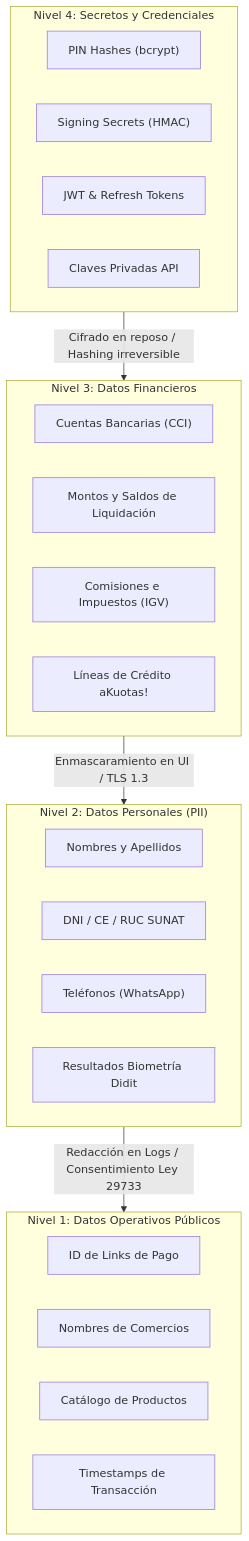
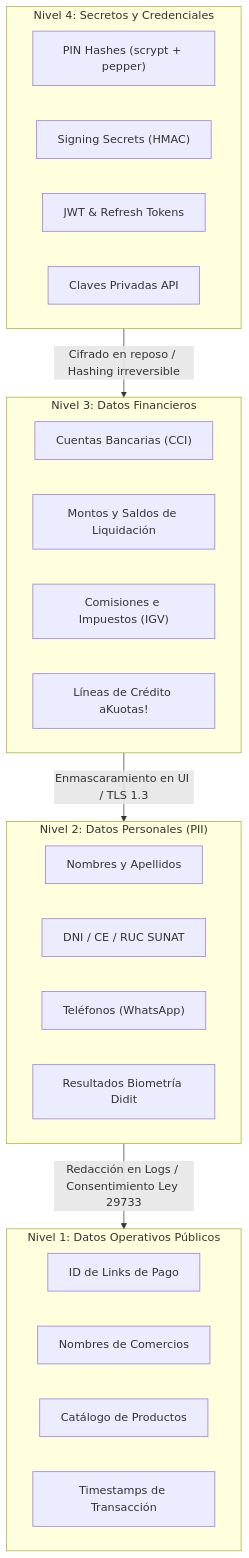
The diagram in docs/auditoria-archify/03-matriz-roles-y-datos.md (Kuota-inc/kuota-app), drawn with Mermaid before and after one commit. The commit also changed other lines of this file and 17 other files, not shown here.

````diff
--- a/docs/auditoria-archify/03-matriz-roles-y-datos.md
+++ b/docs/auditoria-archify/03-matriz-roles-y-datos.md
@@ -44,34 +44,34 @@
 ```mermaid
 flowchart TD
   subgraph L4 ["Nivel 4: Secretos y Credenciales"]
-    K1["PIN Hashes (bcrypt)"]
+    K1["PIN Hashes (scrypt + pepper)"]
     K2["Signing Secrets (HMAC)"]
     K3["JWT & Refresh Tokens"]
     K4["Claves Privadas API"]
   end
 
   subgraph L3 ["Nivel 3: Datos Financieros"]
     F1["Cuentas Bancarias (CCI)"]
     F2["Montos y Saldos de Liquidación"]
     F3["Comisiones e Impuestos (IGV)"]
     F4["Líneas de Crédito aKuotas!"]
   end
 
   subgraph L2 ["Nivel 2: Datos Personales (PII)"]
     P1["Nombres y Apellidos"]
     P2["DNI / CE / RUC SUNAT"]
     P3["Teléfonos (WhatsApp)"]
     P4["Resultados Biometría Didit"]
   end
 
   subgraph L1 ["Nivel 1: Datos Operativos Públicos"]
     O1["ID de Links de Pago"]
     O2["Nombres de Comercios"]
     O3["Catálogo de Productos"]
     O4["Timestamps de Transacción"]
   end
 
   L4 -->|Cifrado en reposo / Hashing irreversible| L3
   L3 -->|Enmascaramiento en UI / TLS 1.3| L2
   L2 -->|Redacción en Logs / Consentimiento Ley 29733| L1
 ```
````
